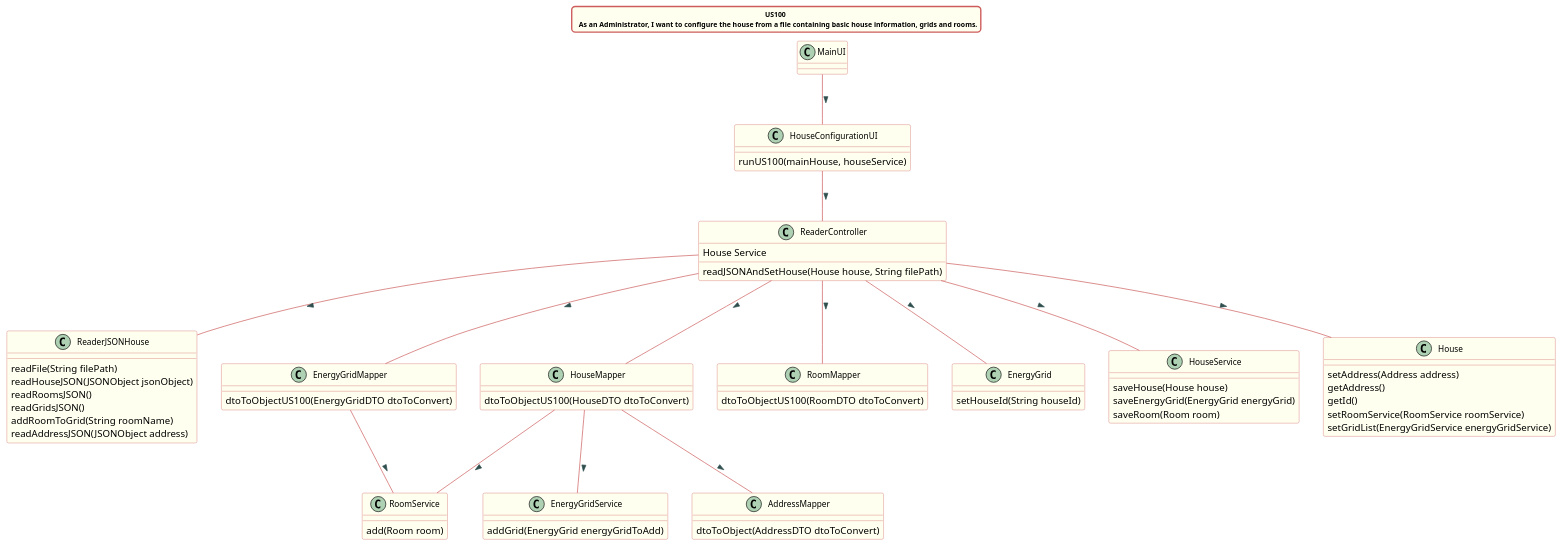
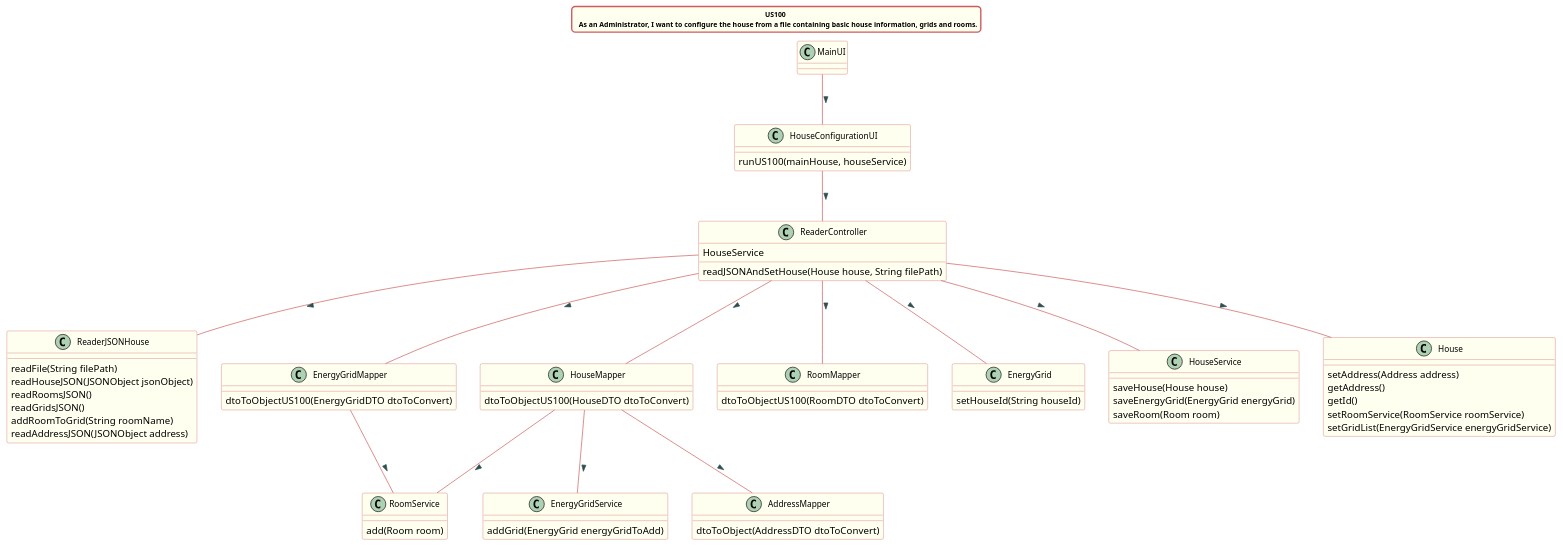
The diagram in src/doc/Controllers/HouseConfiguration/US100/US100_cd_HouseConfiguration.puml (Almadanmp/project), drawn with PlantUML before and after one commit.

Commit message:
Ref #222

```diff
--- a/src/doc/Controllers/HouseConfiguration/US100/US100_cd_HouseConfiguration.puml
+++ b/src/doc/Controllers/HouseConfiguration/US100/US100_cd_HouseConfiguration.puml
@@ -1,100 +1,100 @@
 @startuml
 title US100 \n  As an Administrator, I want to configure the house from a file containing basic house information, grids and rooms.
 
 skinparam titleBorderRoundCorner 10
 skinparam titleBorderThickness 2
 skinparam titleBorderColor indianred
 skinparam titleBackgroundColor ivory
 skinparam FontName verdana
 skinparam titleFontSize 10
 
 
 skinparam class {
  	BorderColor indianred
  	BackgroundColor indianred
  	BackgroundColor ivory
     roundcorner 10
     ArrowFontName Verdana
     ArrowColor indianred
     ArrowFontColor darkslategrey
     FontSize 12
  }
 
 
 MainUI -- HouseConfigurationUI : >
 HouseConfigurationUI -- ReaderController : >
 ReaderController -- ReaderJSONHouse : >
 ReaderController -- HouseMapper : >
 HouseMapper -- AddressMapper : >
 HouseMapper -- RoomService : >
 HouseMapper -- EnergyGridService : >
 ReaderController -- RoomMapper : >
 ReaderController -- EnergyGridMapper : >
 EnergyGridMapper -- RoomService : >
 ReaderController -- EnergyGrid : >
 ReaderController -- HouseService : >
 ReaderController -- House : >
 
 class HouseConfigurationUI{
 runUS100(mainHouse, houseService)
 }
 
 class ReaderController{
-House Service
+HouseService
 
 readJSONAndSetHouse(House house, String filePath)
 }
 
 class ReaderJSONHouse{
 readFile(String filePath)
 readHouseJSON(JSONObject jsonObject)
 readRoomsJSON()
 readGridsJSON()
 addRoomToGrid(String roomName)
 readAddressJSON(JSONObject address)
 }
 
 class HouseMapper{
 dtoToObjectUS100(HouseDTO dtoToConvert)
 }
 
 class EnergyGridMapper{
 dtoToObjectUS100(EnergyGridDTO dtoToConvert)
 }
 
 class AddressMapper{
 dtoToObject(AddressDTO dtoToConvert)
 }
 
 class RoomMapper{
 dtoToObjectUS100(RoomDTO dtoToConvert)
 }
 
 class EnergyGridService{
 addGrid(EnergyGrid energyGridToAdd)
 }
 
 class EnergyGrid{
 setHouseId(String houseId)
 }
 
 class RoomService{
 add(Room room)
 }
 
 class HouseService{
 saveHouse(House house)
 saveEnergyGrid(EnergyGrid energyGrid)
 saveRoom(Room room)
 }
 
 class House{
 setAddress(Address address)
 getAddress()
 getId()
 setRoomService(RoomService roomService)
 setGridList(EnergyGridService energyGridService)
 }
 
 
 @enduml
```
